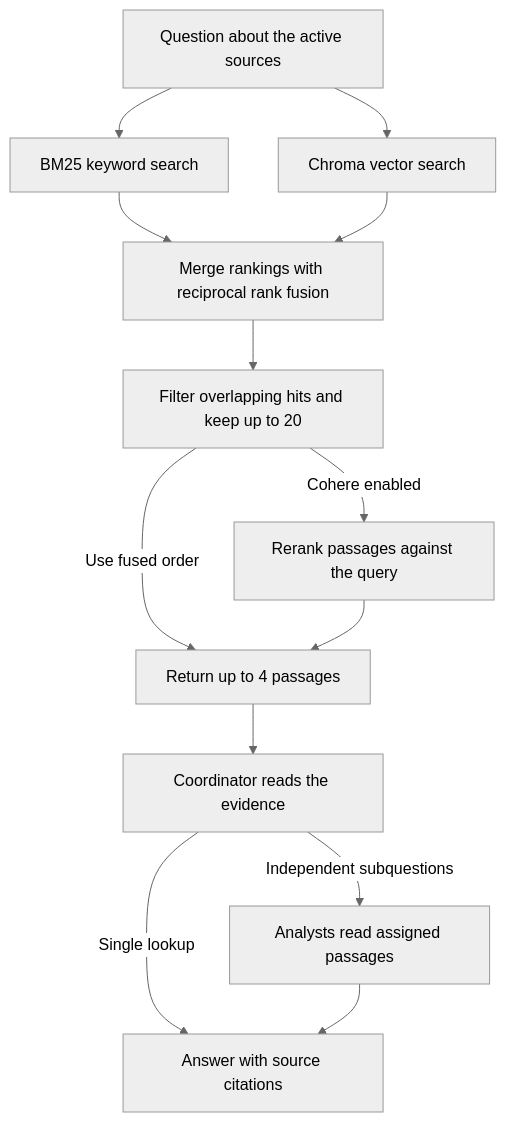
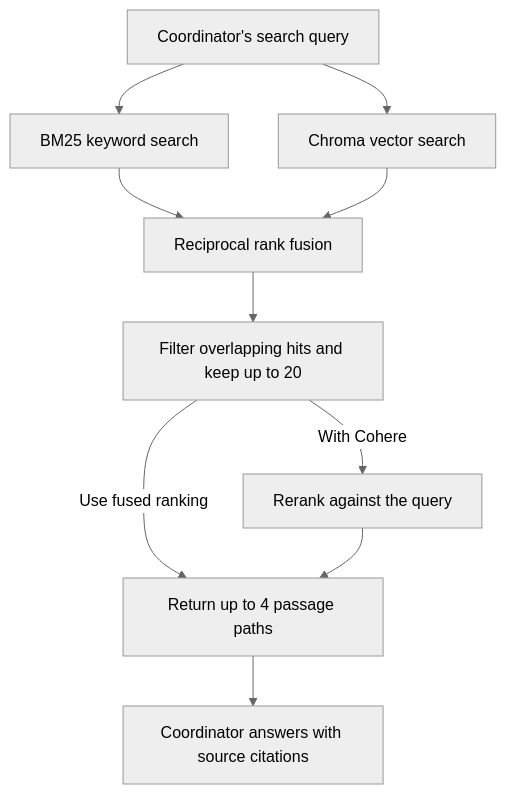
Before and after one commit to Karim-mans/hybrid-rag-assistant: the diagram in README.md, drawn with Mermaid (neutral theme). The commit also changed other lines of this file and 6 other files, not shown here.

````diff
--- a/README.md
+++ b/README.md
@@ -28,15 +30,14 @@
 ```mermaid
 flowchart TD
-    Q["Question about the active sources"] --> B["BM25 keyword search"]
+    accTitle: Hybrid retrieval for one agent search
+    accDescr: BM25 and Chroma rank active passages. Their rankings are fused and overlapping hits are filtered. With optional Cohere reranking, up to four passage paths return to the coordinator, which uses the evidence to answer.
+    Q["Coordinator's search query"] --> B["BM25 keyword search"]
     Q --> V["Chroma vector search"]
-    B --> F["Merge rankings with reciprocal rank fusion"]
+    B --> F["Reciprocal rank fusion"]
     V --> F
     F --> S["Filter overlapping hits and keep up to 20"]
-    S -->|Cohere enabled| R["Rerank passages against the query"]
-    S -->|Use fused order| P["Return up to 4 passages"]
+    S -->|With Cohere| R["Rerank against the query"]
+    S -->|Use fused ranking| P["Return up to 4 passage paths"]
     R --> P
-    P --> C["Coordinator reads the evidence"]
-    C -->|Single lookup| A["Answer with source citations"]
-    C -->|Independent subquestions| D["Analysts read assigned passages"]
-    D --> A
+    P --> A["Coordinator answers with source citations"]
 ```
````
